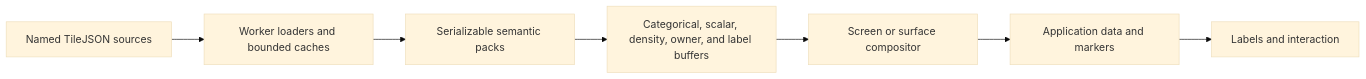
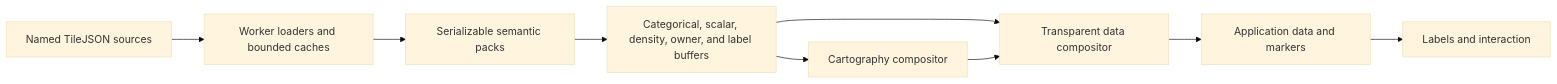
Before and after one commit to niko-dellic/bad-map: the diagram in NEXT_STEPS.md, drawn with Mermaid (base theme). The commit also changed other lines of this file and 14 other files, not shown here.

First line of the commit message:
Add billboard labels and dedicated data compositor

````diff
--- a/NEXT_STEPS.md
+++ b/NEXT_STEPS.md
@@ -30,9 +30,11 @@
 ```mermaid
 flowchart LR
   S["Named TileJSON sources"] --> W["Worker loaders and bounded caches"]
   W --> P["Serializable semantic packs"]
   P --> C["Categorical, scalar, density, owner, and label buffers"]
-  C --> B["Screen or surface compositor"]
-  B --> D["Application data and markers"]
-  D --> L["Labels and interaction"]
+  C --> B["Cartography compositor"]
+  C --> D["Transparent data compositor"]
+  B --> D
+  D --> M["Application data and markers"]
+  M --> L["Labels and interaction"]
 ```
````
